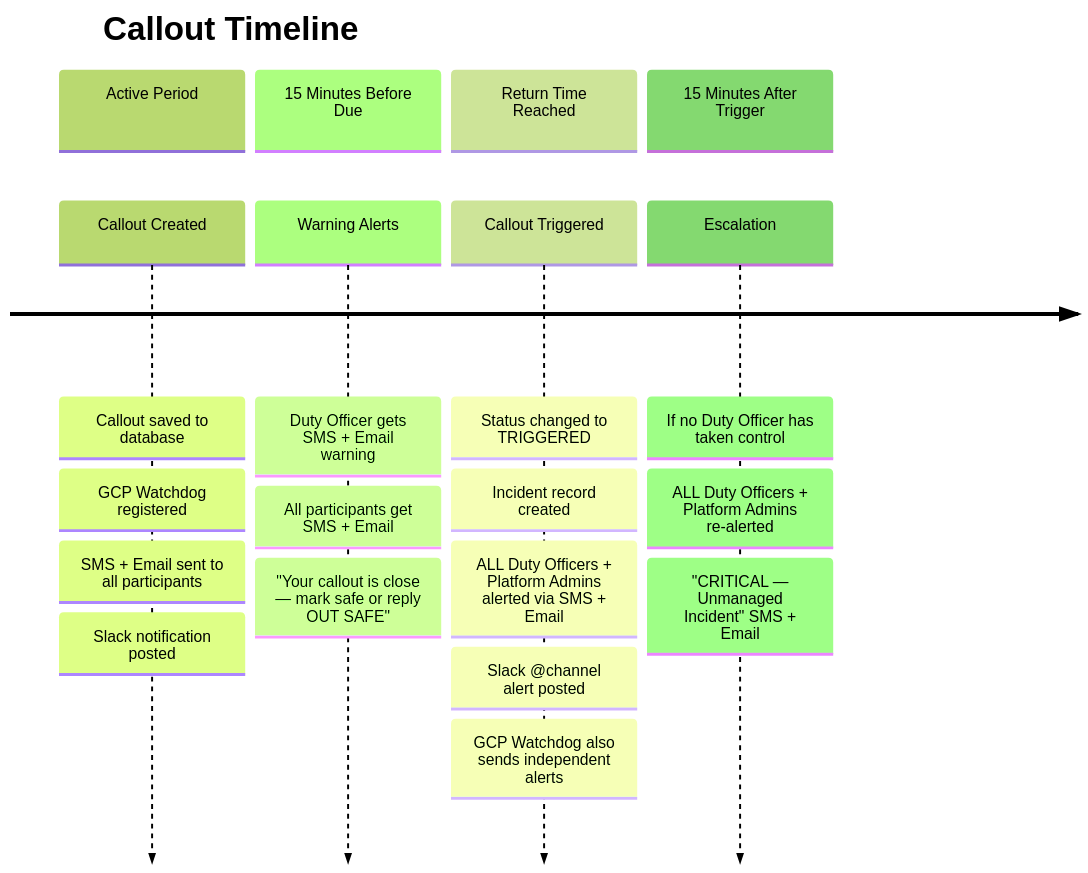
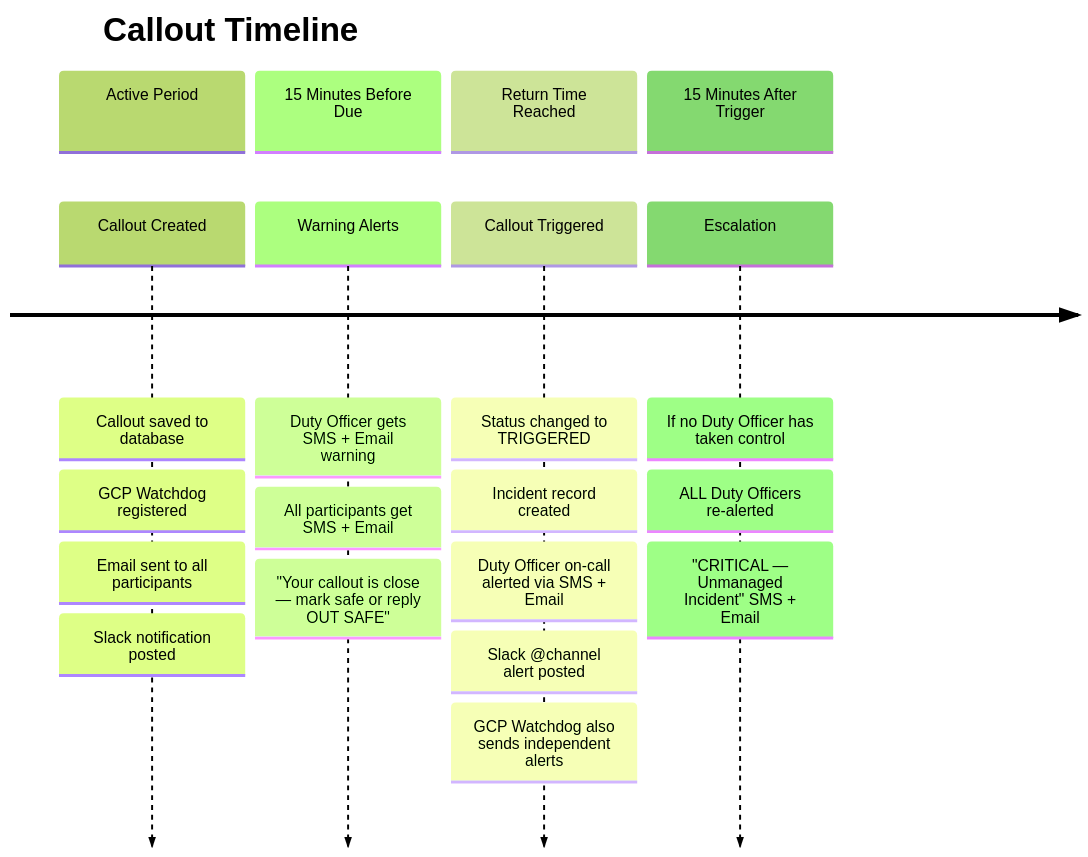
The third of 8 diagrams in docs/callout-system.md (paperclipmonkey/subterra), drawn with Mermaid (forest theme) before and after one commit. The commit also changed other lines of this file and 6 other files, not shown here.

Commit message:
feat: Introduce phone number validation for Duty Officers and refine callout notification targeting to exclude platform admins.

````diff
--- a/docs/callout-system.md
+++ b/docs/callout-system.md
@@ -105,23 +101,23 @@
 ```mermaid
 timeline
     title Callout Timeline
     section Active Period
         Callout Created : Callout saved to database
             : GCP Watchdog registered
-            : SMS + Email sent to all participants
+            : Email sent to all participants
             : Slack notification posted
     section 15 Minutes Before Due
         Warning Alerts : Duty Officer gets SMS + Email warning
             : All participants get SMS + Email
             : "Your callout is close — mark safe or reply OUT SAFE"
     section Return Time Reached
         Callout Triggered : Status changed to TRIGGERED
             : Incident record created
-            : ALL Duty Officers + Platform Admins alerted via SMS + Email
+            : Duty Officer on-call alerted via SMS + Email
             : Slack @channel alert posted
             : GCP Watchdog also sends independent alerts
     section 15 Minutes After Trigger
         Escalation : If no Duty Officer has taken control
-            : ALL Duty Officers + Platform Admins re-alerted
+            : ALL Duty Officers re-alerted
             : "CRITICAL — Unmanaged Incident" SMS + Email
 ```
````
